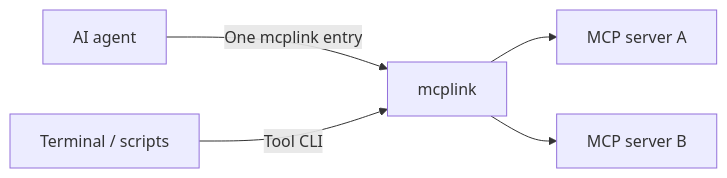
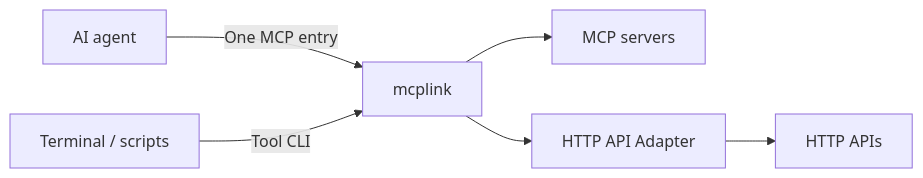
One commit to sw897/mcplink changed the diagram in README.md. Above: the diagram before and after it, drawn with Mermaid. The commit also changed other lines of this file and 1 other file, not shown here.

````diff
--- a/README.md
+++ b/README.md
@@ -55,7 +22,8 @@
 ```mermaid
 flowchart LR
-    Agent["AI agent"] -->|One mcplink entry| Gateway["mcplink"]
+    Agent["AI agent"] -->|One MCP entry| Gateway["mcplink"]
     Terminal["Terminal / scripts"] -->|Tool CLI| Gateway
-    Gateway --> A["MCP server A"]
-    Gateway --> B["MCP server B"]
+    Gateway --> MCP["MCP servers"]
+    Gateway --> Adapter["HTTP API Adapter"]
+    Adapter --> API["HTTP APIs"]
 ```
````
